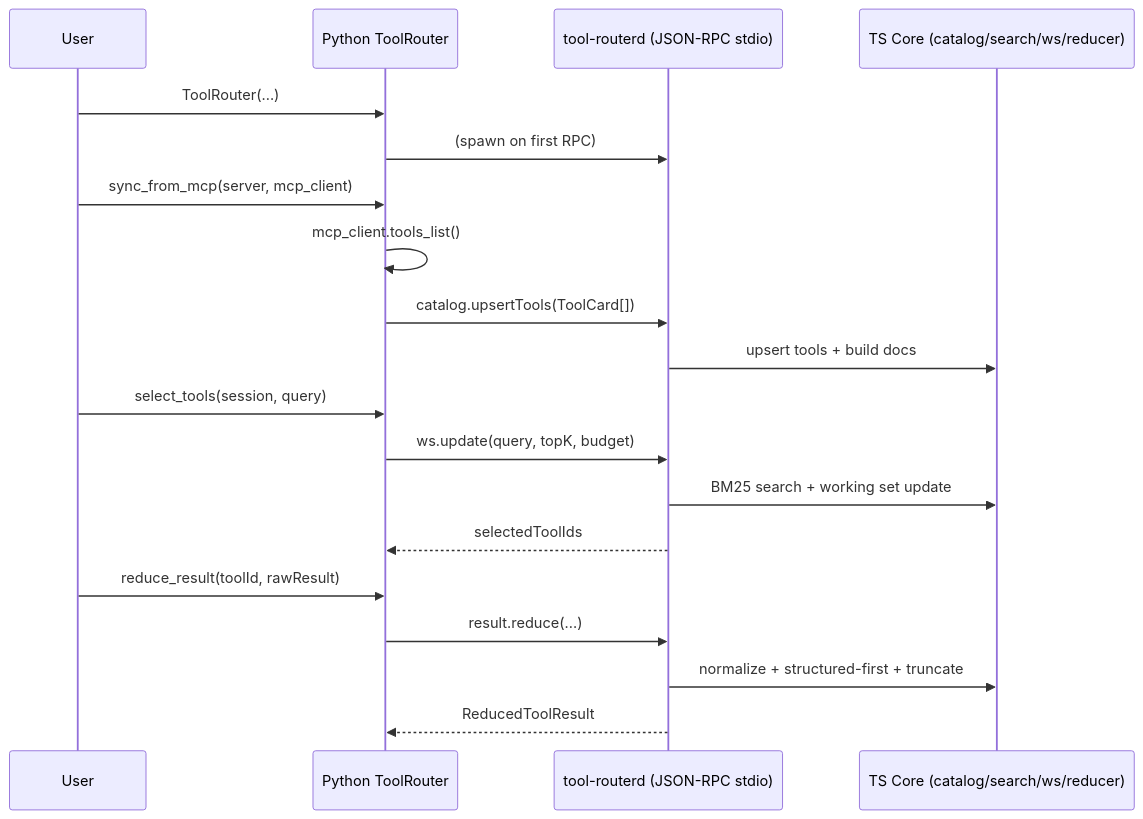
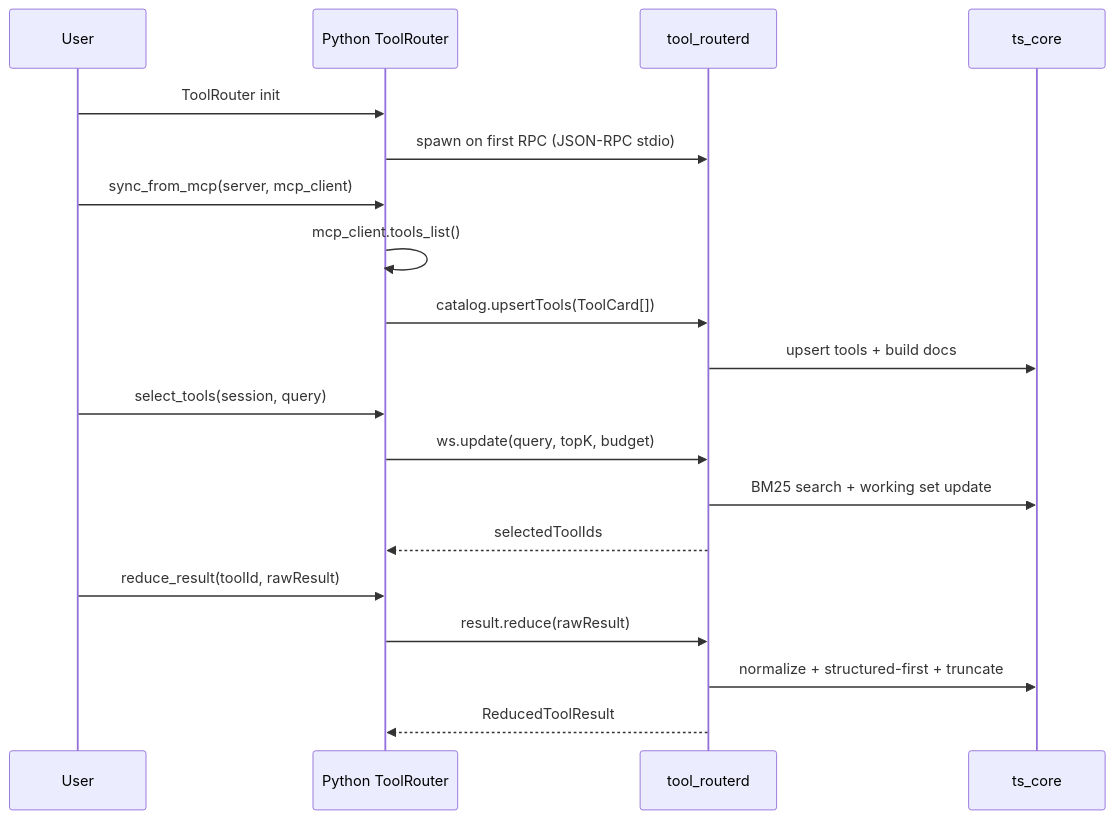
The diagram in README.md (effortprogrammer/agentic-mcp-router), drawn with Mermaid before and after one commit.

Commit message:
Simplify Mermaid diagram

````diff
--- a/README.md
+++ b/README.md
@@ -41,24 +41,24 @@
 ```mermaid
 sequenceDiagram
     participant User
     participant Py as Python ToolRouter
-    participant D as tool-routerd (JSON-RPC stdio)
-    participant Core as TS Core (catalog/search/ws/reducer)
+    participant D as tool_routerd
+    participant Core as ts_core
 
-    User->>Py: ToolRouter(...)
-    Py->>D: (spawn on first RPC)
+    User->>Py: ToolRouter init
+    Py->>D: spawn on first RPC (JSON-RPC stdio)
     User->>Py: sync_from_mcp(server, mcp_client)
     Py->>Py: mcp_client.tools_list()
     Py->>D: catalog.upsertTools(ToolCard[])
     D->>Core: upsert tools + build docs
 
     User->>Py: select_tools(session, query)
     Py->>D: ws.update(query, topK, budget)
     D->>Core: BM25 search + working set update
     D-->>Py: selectedToolIds
 
     User->>Py: reduce_result(toolId, rawResult)
-    Py->>D: result.reduce(...)
+    Py->>D: result.reduce(rawResult)
     D->>Core: normalize + structured-first + truncate
     D-->>Py: ReducedToolResult
 ```
````
